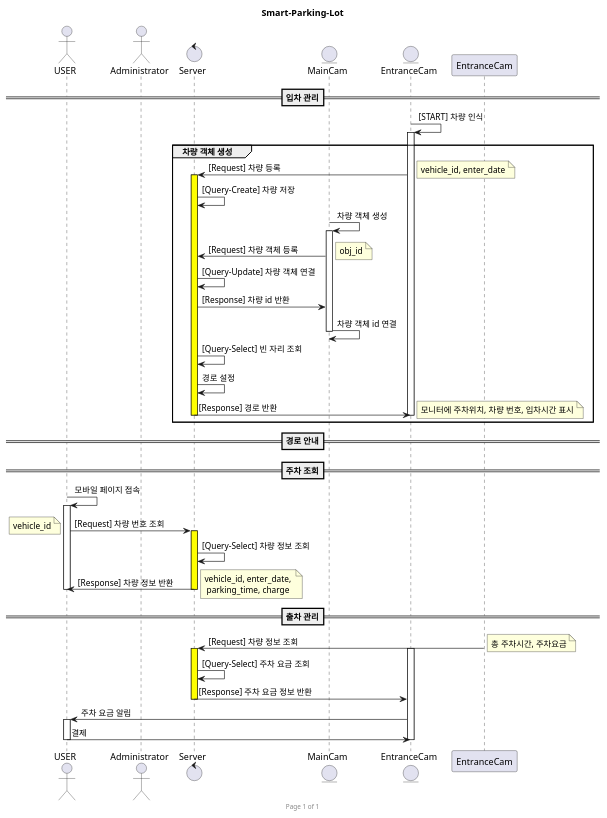
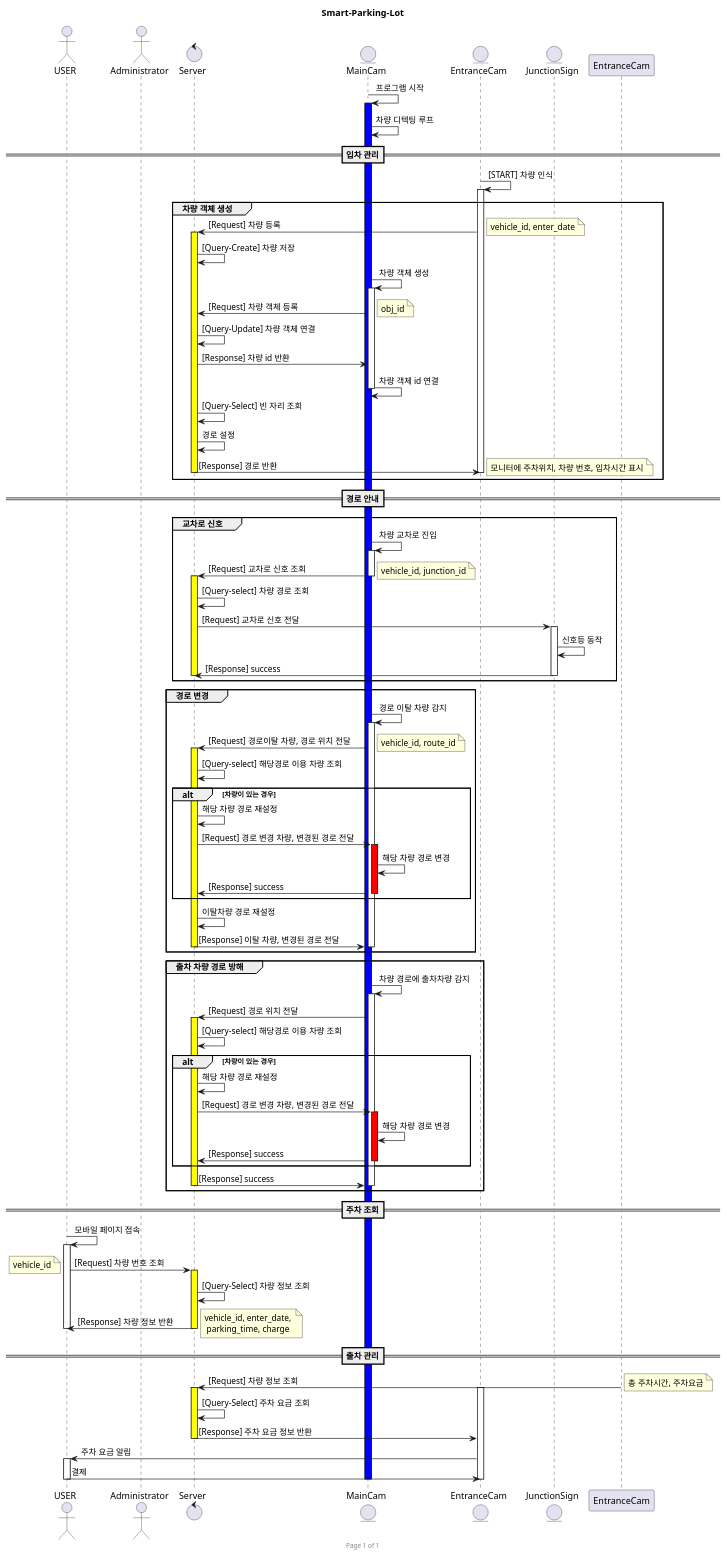
The diagram in Sequence.puml (LeeJaeBae/smart-parking-lot), drawn with PlantUML before and after one commit. The commit also changed 3137 other files, not shown here.

```diff
--- a/Sequence.puml
+++ b/Sequence.puml
@@ -1,62 +1,122 @@
 @startuml
 title Smart-Parking-Lot
 footer Page %page% of %lastpage%
 
 actor USER as user
 actor Administrator as admin
 control Server as server
 entity MainCam as main
 entity EntranceCam as enter
+entity JunctionSign as sign
 
+main->main : 프로그램 시작
+activate main #blue
+main -> main : 차량 디텍팅 루프
 ==입차 관리==
 enter -> enter : [START] 차량 인식
 activate enter
     group 차량 객체 생성
         enter -> server : [Request] 차량 등록
         note right : vehicle_id, enter_date
         activate server #yellow
             server -> server : [Query-Create] 차량 저장
                 main -> main : 차량 객체 생성
                 activate main
                     main -> server : [Request] 차량 객체 등록
                     note right : obj_id
                     server -> server : [Query-Update] 차량 객체 연결
                     server -> main : [Response] 차량 id 반환
                     main -> main : 차량 객체 id 연결
                 deactivate main
             server -> server : [Query-Select] 빈 자리 조회
             server -> server : 경로 설정
             server -> enter : [Response] 경로 반환
             note right : 모니터에 주차위치, 차량 번호, 입차시간 표시
         deactivate server
 deactivate enter
 end
 
 ==경로 안내==
+group 교차로 신호
+main -> main : 차량 교차로 진입
+activate main
+    main -> server : [Request] 교차로 신호 조회
+    note right : vehicle_id, junction_id
+deactivate main
+activate server #yellow
+    server -> server : [Query-select] 차량 경로 조회
+    server -> sign : [Request] 교차로 신호 전달
+    activate sign
+        sign -> sign : 신호등 동작
+        sign -> server : [Response] success
+    deactivate sign
+deactivate server
+end
+
+group 경로 변경
+main -> main : 경로 이탈 차량 감지
+activate main
+    main -> server : [Request] 경로이탈 차량, 경로 위치 전달
+    note right : vehicle_id, route_id
+    activate server #yellow
+        server -> server : [Query-select] 해당경로 이용 차량 조회
+        alt 차량이 있는 경우
+            server -> server : 해당 차량 경로 재설정
+            server -> main : [Request] 경로 변경 차량, 변경된 경로 전달
+                activate main #red
+                main -> main : 해당 차량 경로 변경
+                main -> server : [Response] success
+                deactivate main
+        end
+        server -> server : 이탈차량 경로 재설정
+        server -> main : [Response] 이탈 차량, 변경된 경로 전달
+    deactivate server
+deactivate main
+end
+
+group 출차 차량 경로 방해
+main -> main : 차량 경로에 출차차량 감지
+activate main
+    main -> server : [Request] 경로 위치 전달
+    activate server #yellow
+        server -> server : [Query-select] 해당경로 이용 차량 조회
+        alt 차량이 있는 경우
+           server -> server : 해당 차량 경로 재설정
+           server -> main : [Request] 경로 변경 차량, 변경된 경로 전달
+               activate main #red
+               main -> main : 해당 차량 경로 변경
+               main -> server : [Response] success
+               deactivate main
+        end
+    server -> main : [Response] success
+    deactivate server
+deactivate main
+end
 
 ==주차 조회==
 user -> user : 모바일 페이지 접속
 activate user
     user -> server : [Request] 차량 번호 조회
     note left : vehicle_id
     activate server #yellow
         server -> server : [Query-Select] 차량 정보 조회
         server -> user : [Response] 차량 정보 반환
         note right : vehicle_id, enter_date, \n parking_time, charge
     deactivate server
 deactivate user
 ==출차 관리==
 EntranceCam -> server : [Request] 차량 정보 조회
 activate enter
 note right : 총 주차시간, 주차요금
 activate server #yellow
     server -> server : [Query-Select] 주차 요금 조회
     server -> enter : [Response] 주차 요금 정보 반환
 deactivate server
 enter -> user : 주차 요금 알림
 activate user
 user -> enter : 결제
 deactivate user
 deactivate enter
 
+deactivate main
 @enduml
```
